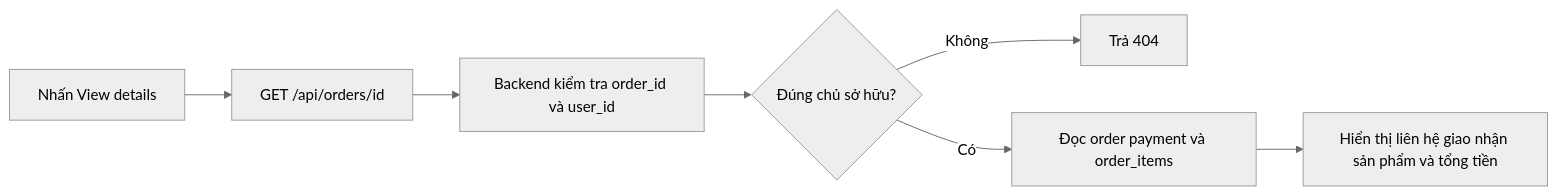
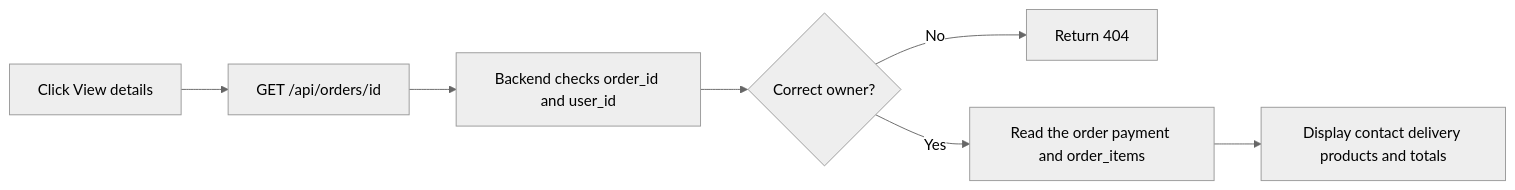
The second of 2 diagrams in docs/order-history-flow.md (Henhhh/Web_29GG), drawn with Mermaid (neutral theme) before and after one commit. The commit also changed other lines of this file and 5 other files, not shown here.

````diff
--- a/docs/order-history-flow.md
+++ b/docs/order-history-flow.md
@@ -50,9 +50,9 @@
 ```mermaid
 flowchart LR
-    A[Nhấn View details] --> B[GET /api/orders/id]
-    B --> C[Backend kiểm tra order_id và user_id]
-    C --> D{Đúng chủ sở hữu?}
-    D -- Không --> E[Trả 404]
-    D -- Có --> F[Đọc order payment và order_items]
-    F --> G[Hiển thị liên hệ giao nhận sản phẩm và tổng tiền]
+    A[Click View details] --> B[GET /api/orders/id]
+    B --> C[Backend checks order_id and user_id]
+    C --> D{Correct owner?}
+    D -- No --> E[Return 404]
+    D -- Yes --> F[Read the order payment and order_items]
+    F --> G[Display contact delivery products and totals]
 ```
````
